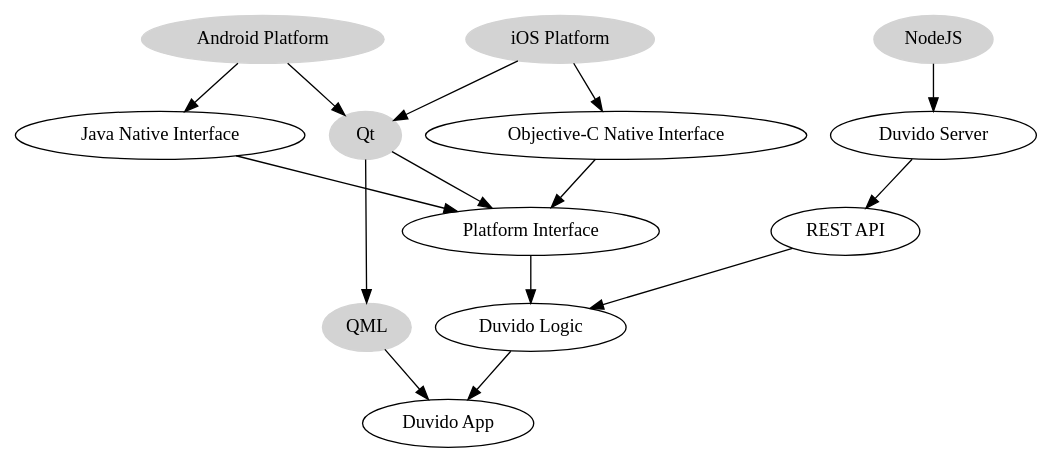
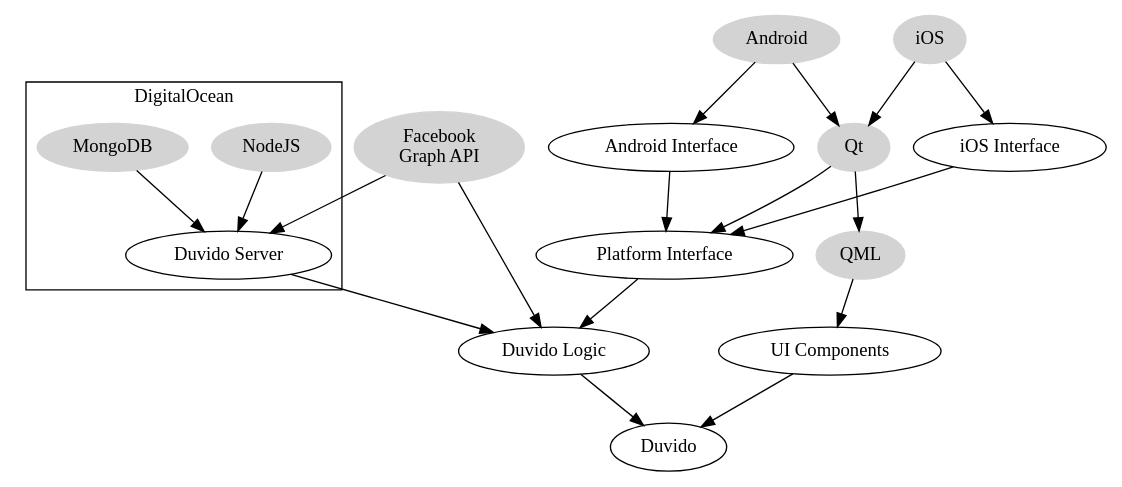
One commit to lbguilherme/duvidovc-app changed the diagram in design.dot. Above: the diagram before and after it, drawn with Graphviz. The commit also changed 1 other file, not shown here.

Commit message:
Update design diagram

```diff
--- a/design.dot
+++ b/design.dot
@@ -1,26 +1,37 @@
 digraph Design {
-    android [label="Android Platform", style="filled", color="lightgray"]
-    ios [label="iOS Platform", style="filled", color="lightgray"]
+
+    fb [label="Facebook\nGraph API", style="filled", color="lightgray"]
+
+    subgraph cluster_do {
+        label = "DigitalOcean"
+        server [label="Duvido Server"]
+        nodejs [label="NodeJS", style="filled", color="lightgray"]
+        mongo [label="MongoDB", style="filled", color="lightgray"]
+    }
+
+    android [label="Android", style="filled", color="lightgray"]
+    ios [label="iOS", style="filled", color="lightgray"]
     qt [label="Qt", style="filled", color="lightgray"]
     qml [label="QML", style="filled", color="lightgray"]
-    app [label="Duvido App"]
+    ui [label="UI Components"]
+    app [label="Duvido"]
 
     android -> qt
-    ios -> qt -> qml -> app
+    ios -> qt -> qml -> ui -> app
 
-    java2cpp [label="Java Native Interface"]
-    objc2cpp [label="Objective-C Native Interface"]
+    java2cpp [label="Android Interface"]
+    objc2cpp [label="iOS Interface"]
     android -> java2cpp
     ios -> objc2cpp
 
     logic [label="Duvido Logic"]
     wrapper [label="Platform Interface"]
     java2cpp -> wrapper
     objc2cpp -> wrapper -> logic -> app
     qt -> wrapper
 
-    api [label="REST API"]
-    server [label="Duvido Server"]
-    nodejs [label="NodeJS", style="filled", color="lightgray"]
-    nodejs -> server -> api -> logic
+    mongo -> server
+    fb -> server
+    nodejs -> server -> logic
+    fb -> logic
 }
```
